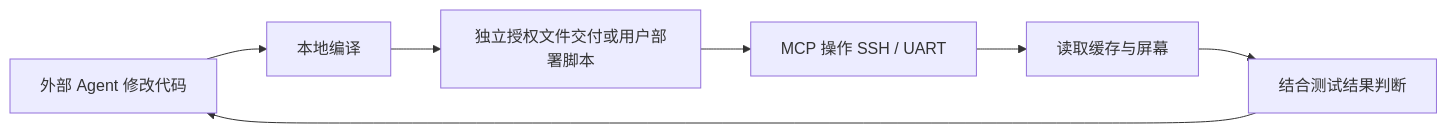
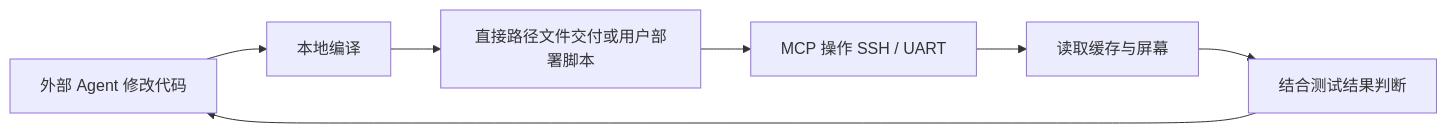
Before and after one commit to han-shao-jun/NovaTerm: the diagram in docs/architecture/stages/P8_AI_MCP_Interface/05_Agent_Workflow.md, drawn with Mermaid. The commit also changed other lines of this file and 30 other files, not shown here.

````diff
--- a/docs/architecture/stages/P8_AI_MCP_Interface/05_Agent_Workflow.md
+++ b/docs/architecture/stages/P8_AI_MCP_Interface/05_Agent_Workflow.md
@@ -11,9 +11,9 @@
 ```mermaid
 flowchart LR
     A[外部 Agent 修改代码] --> B[本地编译]
-    B --> C[独立授权文件交付或用户部署脚本]
+    B --> C[直接路径文件交付或用户部署脚本]
     C --> D[MCP 操作 SSH / UART]
     D --> E[读取缓存与屏幕]
     E --> F[结合测试结果判断]
     F --> A
 ```
````
